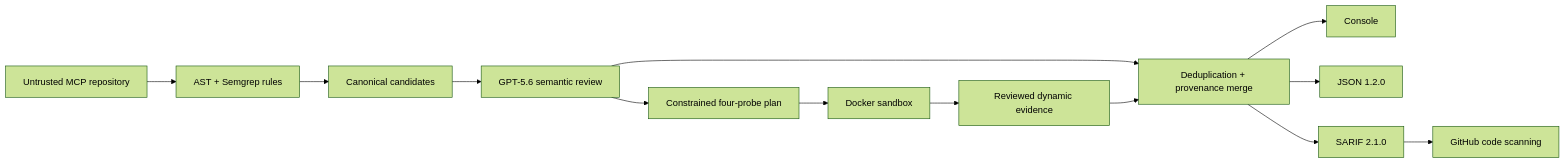
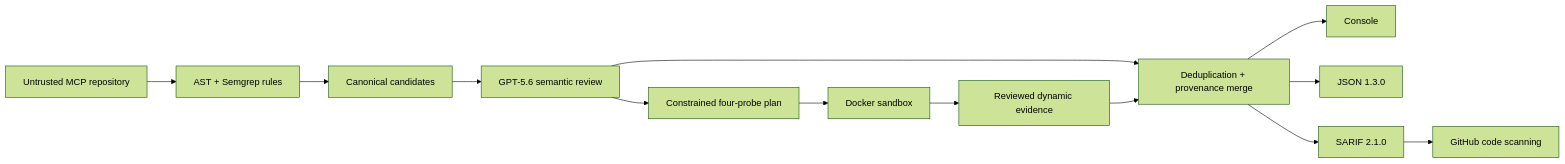
The diagram in README.md (BashaarJavaid/MCP-Sentinel), drawn with Mermaid (forest theme) before and after one commit. The commit also changed other lines of this file and 23 other files, not shown here.

````diff
--- a/README.md
+++ b/README.md
@@ -131,15 +131,15 @@
 ```mermaid
 flowchart LR
     A[Untrusted MCP repository] --> B[AST + Semgrep rules]
     B --> C[Canonical candidates]
     C --> D[GPT-5.6 semantic review]
     D --> E[Constrained four-probe plan]
     E --> F[Docker sandbox]
     F --> G[Reviewed dynamic evidence]
     D --> H[Deduplication + provenance merge]
     G --> H
     H --> I[Console]
-    H --> J[JSON 1.2.0]
+    H --> J[JSON 1.3.0]
     H --> K[SARIF 2.1.0]
     K --> L[GitHub code scanning]
 ```
````
